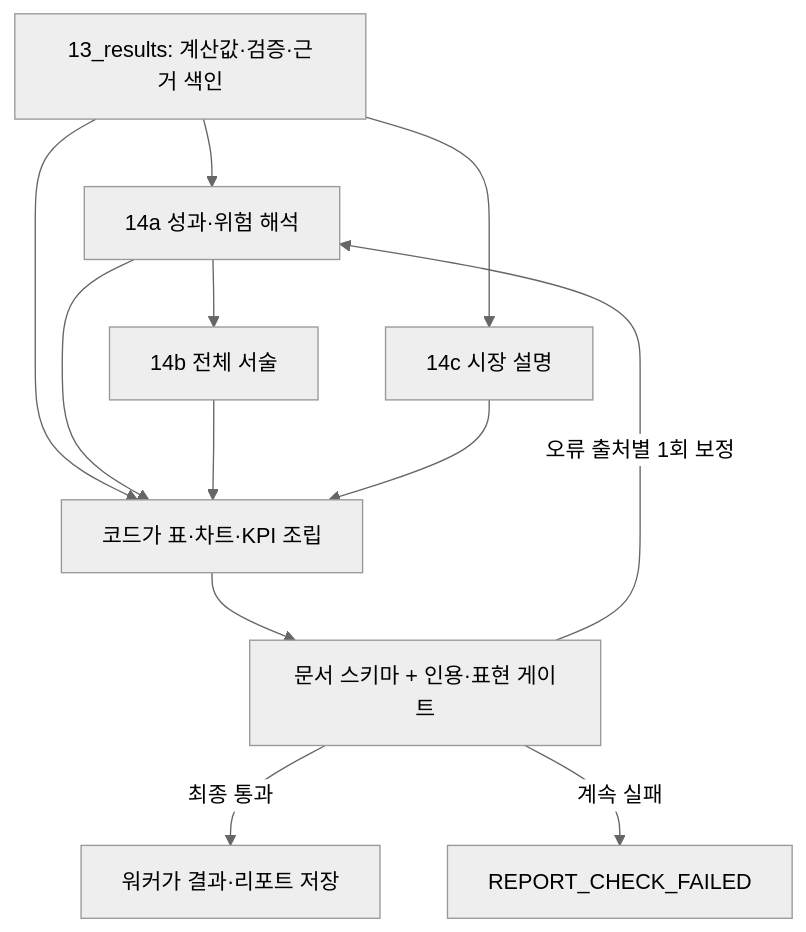
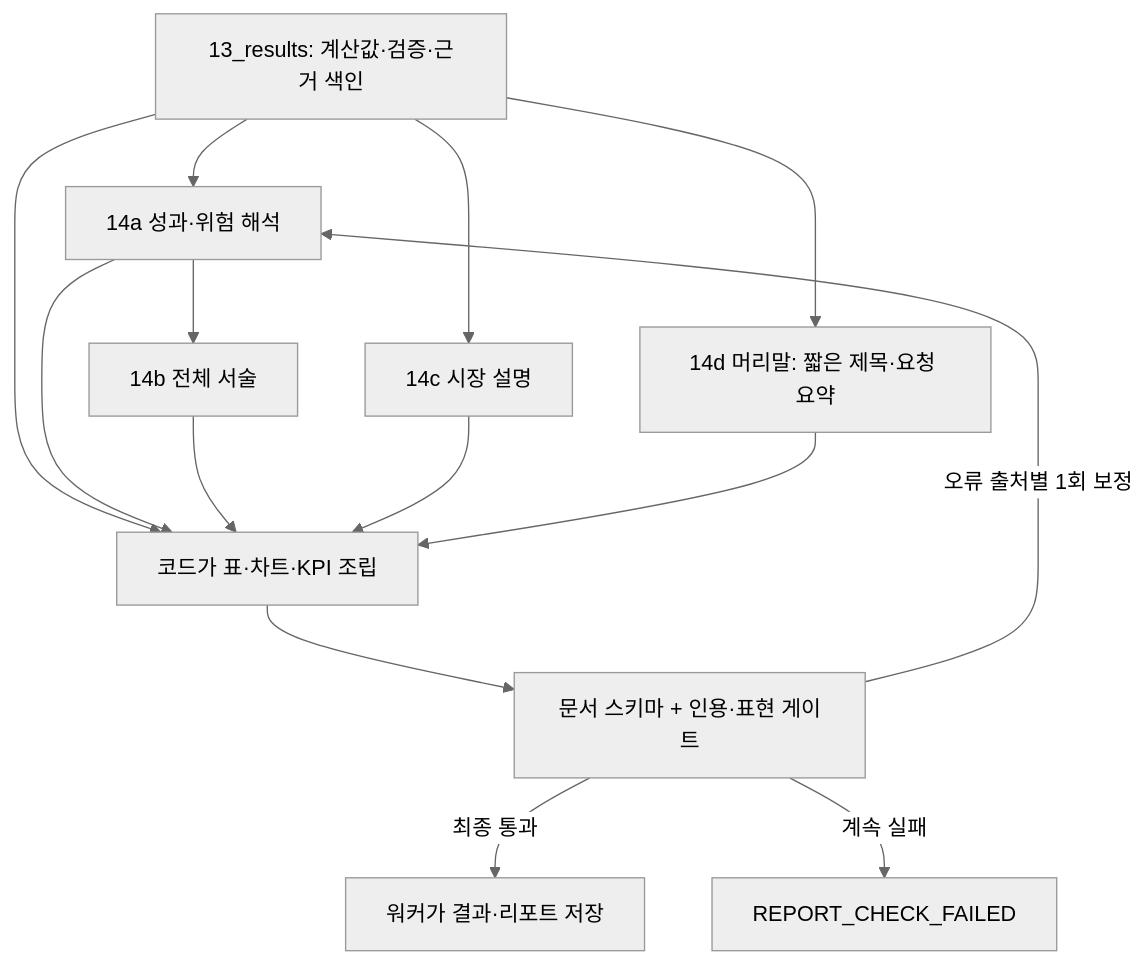
The diagram in docs/구현보고서/m5_backtest_report_구현보고서.md (sumb-10/MyFinSight), drawn with Mermaid (neutral theme) before and after one commit. The commit also changed other lines of this file and 16 other files, not shown here.

````diff
--- a/docs/구현보고서/m5_backtest_report_구현보고서.md
+++ b/docs/구현보고서/m5_backtest_report_구현보고서.md
@@ -66,14 +66,16 @@
 ```mermaid
 flowchart TD
   R["13_results: 계산값·검증·근거 색인"] --> A["14a 성과·위험 해석"]
   R --> C["14c 시장 설명"]
+  R --> H["14d 머리말: 짧은 제목·요청 요약"]
   A --> B["14b 전체 서술"]
   R --> D["코드가 표·차트·KPI 조립"]
   A --> D
   B --> D
   C --> D
+  H --> D
   D --> G["문서 스키마 + 인용·표현 게이트"]
   G -->|"오류 출처별 1회 보정"| A
   G -->|"최종 통과"| S["워커가 결과·리포트 저장"]
   G -->|"계속 실패"| F["REPORT_CHECK_FAILED"]
 ```
````
